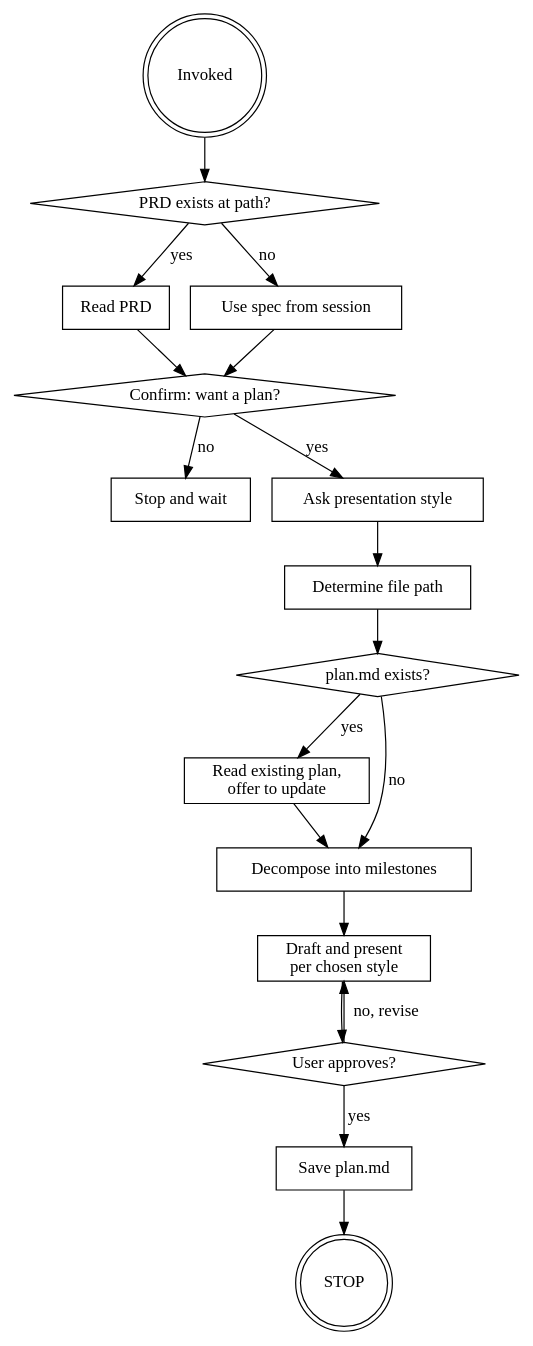
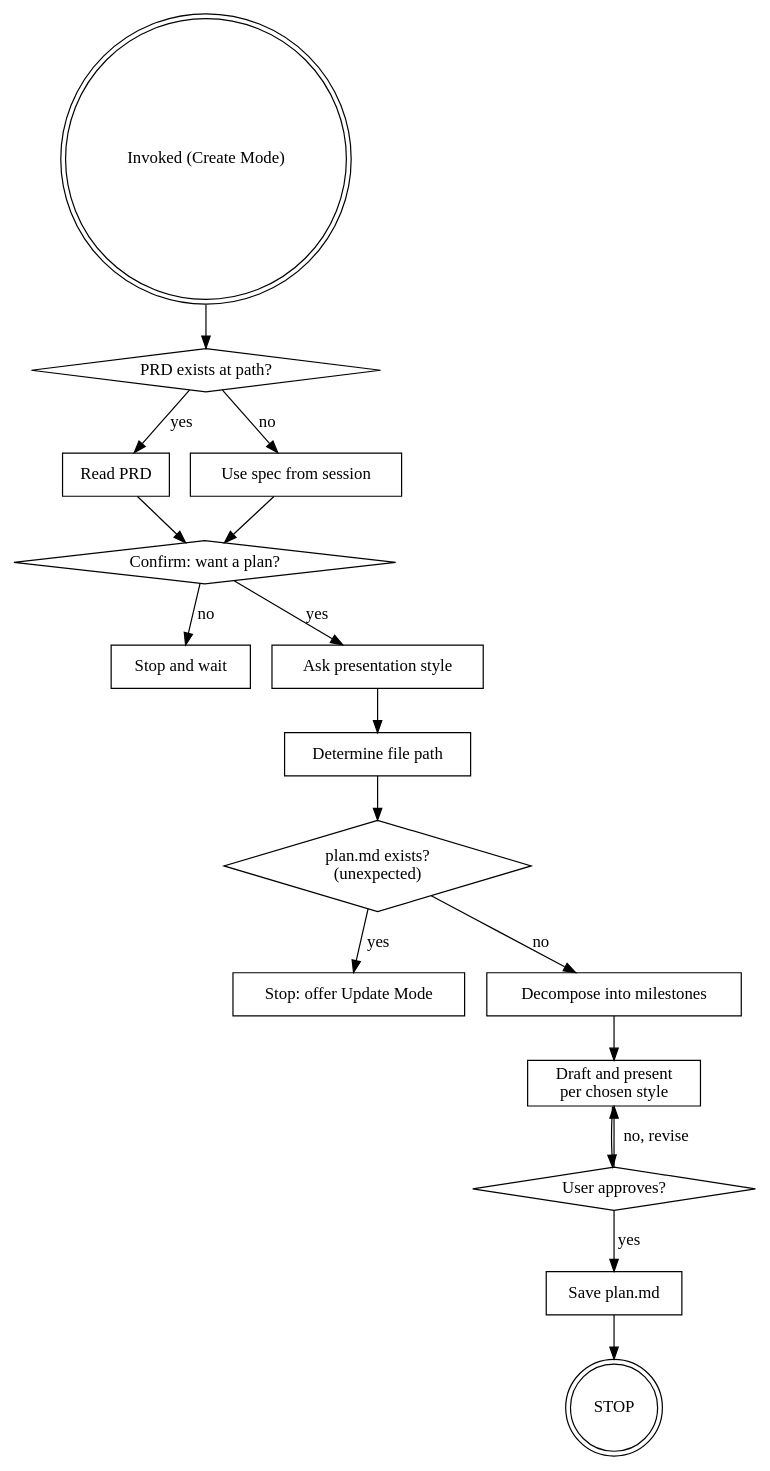
The first of 2 diagrams in skills/milestone-planning/SKILL.md (walnashgit/mysuperpowers), drawn with Graphviz before and after one commit. The commit also changed other lines of this file and 1 other file, not shown here.

Commit message:
added prd and planning revision flow

````diff
--- a/skills/milestone-planning/SKILL.md
+++ b/skills/milestone-planning/SKILL.md
@@ -33,37 +51,36 @@
 ```dot
 digraph milestone_planning {
-    "Invoked" [shape=doublecircle];
+    "Invoked (Create Mode)" [shape=doublecircle];
     "PRD exists at path?" [shape=diamond];
     "Read PRD" [shape=box];
     "Use spec from session" [shape=box];
     "Confirm: want a plan?" [shape=diamond];
     "Stop and wait" [shape=box];
     "Ask presentation style" [shape=box];
     "Determine file path" [shape=box];
-    "plan.md exists?" [shape=diamond];
-    "Read existing plan,\noffer to update" [shape=box];
+    "plan.md exists?\n(unexpected)" [shape=diamond];
+    "Stop: offer Update Mode" [shape=box];
     "Decompose into milestones" [shape=box];
     "Draft and present\nper chosen style" [shape=box];
     "User approves?" [shape=diamond];
     "Save plan.md" [shape=box];
     "STOP" [shape=doublecircle];
 
-    "Invoked" -> "PRD exists at path?";
+    "Invoked (Create Mode)" -> "PRD exists at path?";
     "PRD exists at path?" -> "Read PRD" [label="yes"];
     "PRD exists at path?" -> "Use spec from session" [label="no"];
     "Read PRD" -> "Confirm: want a plan?";
     "Use spec from session" -> "Confirm: want a plan?";
     "Confirm: want a plan?" -> "Stop and wait" [label="no"];
     "Confirm: want a plan?" -> "Ask presentation style" [label="yes"];
     "Ask presentation style" -> "Determine file path";
-    "Determine file path" -> "plan.md exists?";
-    "plan.md exists?" -> "Read existing plan,\noffer to update" [label="yes"];
-    "plan.md exists?" -> "Decompose into milestones" [label="no"];
-    "Read existing plan,\noffer to update" -> "Decompose into milestones";
+    "Determine file path" -> "plan.md exists?\n(unexpected)";
+    "plan.md exists?\n(unexpected)" -> "Stop: offer Update Mode" [label="yes"];
+    "plan.md exists?\n(unexpected)" -> "Decompose into milestones" [label="no"];
     "Decompose into milestones" -> "Draft and present\nper chosen style";
     "Draft and present\nper chosen style" -> "User approves?";
     "User approves?" -> "Draft and present\nper chosen style" [label="no, revise"];
     "User approves?" -> "Save plan.md" [label="yes"];
     "Save plan.md" -> "STOP";
 }
 ```
````
